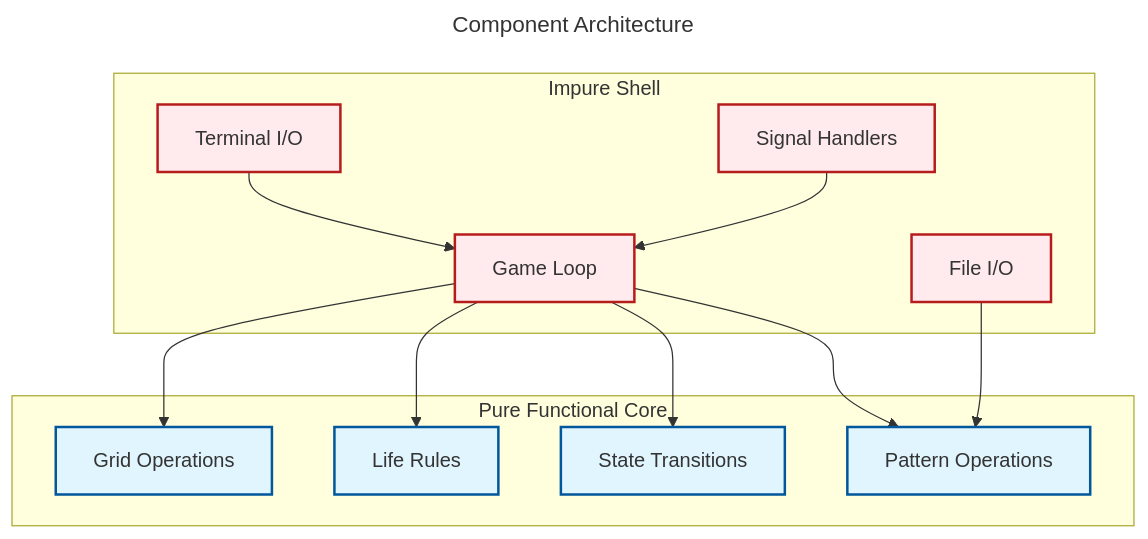
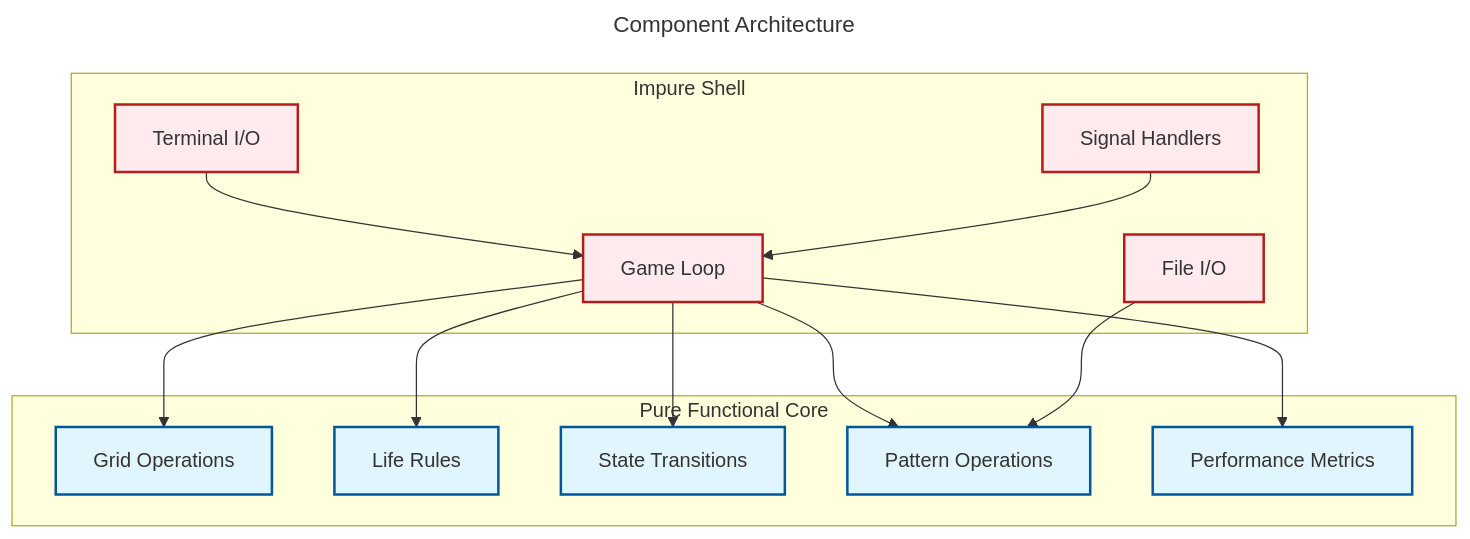
One commit to dewe/py-gol changed the fifth of 6 diagrams in docs/diagrams.md. Above: the diagram before and after it, drawn with Mermaid. The commit also changed other lines of this file and 4 other files, not shown here.

First line of the commit message:
docs(core): update documentation to reflect current architecture

````diff
--- a/docs/diagrams.md
+++ b/docs/diagrams.md
@@ -105,36 +120,38 @@
 ```mermaid
 ---
 title: Component Architecture
 ---
 graph TD
     %% Pure Core
     subgraph Pure ["Pure Functional Core"]
         Grid[Grid Operations]
         Life[Life Rules]
         State[State Transitions]
         Pattern[Pattern Operations]
+        Metrics[Performance Metrics]
     end
 
     %% Impure Shell
     subgraph Impure ["Impure Shell"]
         Terminal[Terminal I/O]
         FileIO[File I/O]
         Signals[Signal Handlers]
         GameLoop[Game Loop]
     end
 
     %% Connections
     GameLoop --> Grid
     GameLoop --> Life
     GameLoop --> State
     GameLoop --> Pattern
+    GameLoop --> Metrics
     Terminal --> GameLoop
     FileIO --> Pattern
     Signals --> GameLoop
 
     %% Styling
     classDef pure fill:#e1f5fe,stroke:#01579b,stroke-width:2px;
     classDef impure fill:#ffebee,stroke:#b71c1c,stroke-width:2px;
-    class Grid,Life,State,Pattern pure;
+    class Grid,Life,State,Pattern,Metrics pure;
     class Terminal,FileIO,Signals,GameLoop impure;
 ```
````
